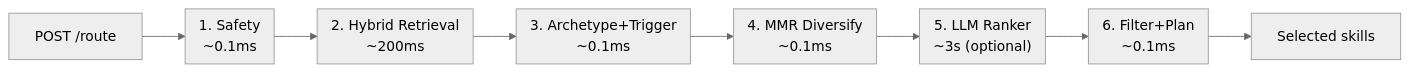
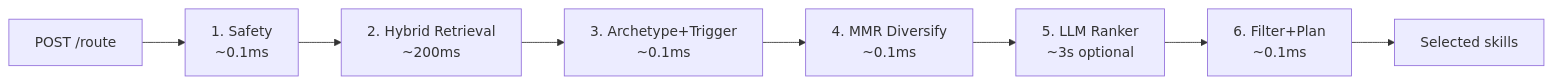
The second of 3 diagrams in docs/show-and-tell-presentation.md (paulpas/agent-skill-router), drawn with Mermaid before and after one commit. The commit also changed other lines of this file and 14 other files, not shown here.

````diff
--- a/docs/show-and-tell-presentation.md
+++ b/docs/show-and-tell-presentation.md
@@ -103,32 +54,10 @@
 ```mermaid
----
-config:
-  theme: neutral
----
 flowchart LR
-    Input["POST /route"] --> S1
-    subgraph S1["1. Safety<br/>~0.1ms"]
-        direction TB
-    end
-    S1 --> S2
-    subgraph S2["2. Hybrid Retrieval<br/>~200ms"]
-        direction TB
-    end
-    S2 --> S3
-    subgraph S3["3. Archetype+Trigger<br/>~0.1ms"]
-        direction TB
-    end
-    S3 --> S4
-    subgraph S4["4. MMR Diversify<br/>~0.1ms"]
-        direction TB
-    end
-    S4 --> S5
-    subgraph S5["5. LLM Ranker<br/>~3s (optional)"]
-        direction TB
-    end
-    S5 --> S6
-    subgraph S6["6. Filter+Plan<br/>~0.1ms"]
-        direction TB
-    end
+    Input["POST /route"] --> S1["1. Safety<br/>~0.1ms"]
+    S1 --> S2["2. Hybrid Retrieval<br/>~200ms"]
+    S2 --> S3["3. Archetype+Trigger<br/>~0.1ms"]
+    S3 --> S4["4. MMR Diversify<br/>~0.1ms"]
+    S4 --> S5["5. LLM Ranker<br/>~3s optional"]
+    S5 --> S6["6. Filter+Plan<br/>~0.1ms"]
     S6 --> Output["Selected skills"]
 ```
````
